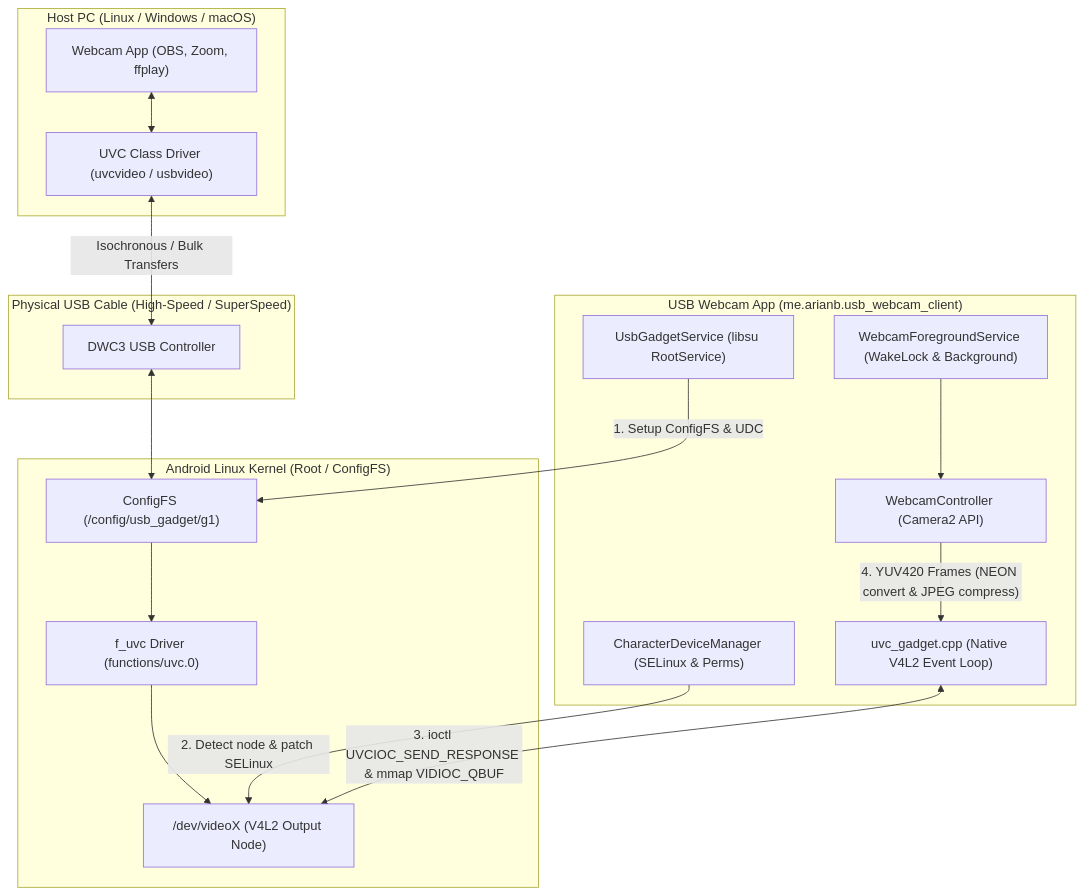
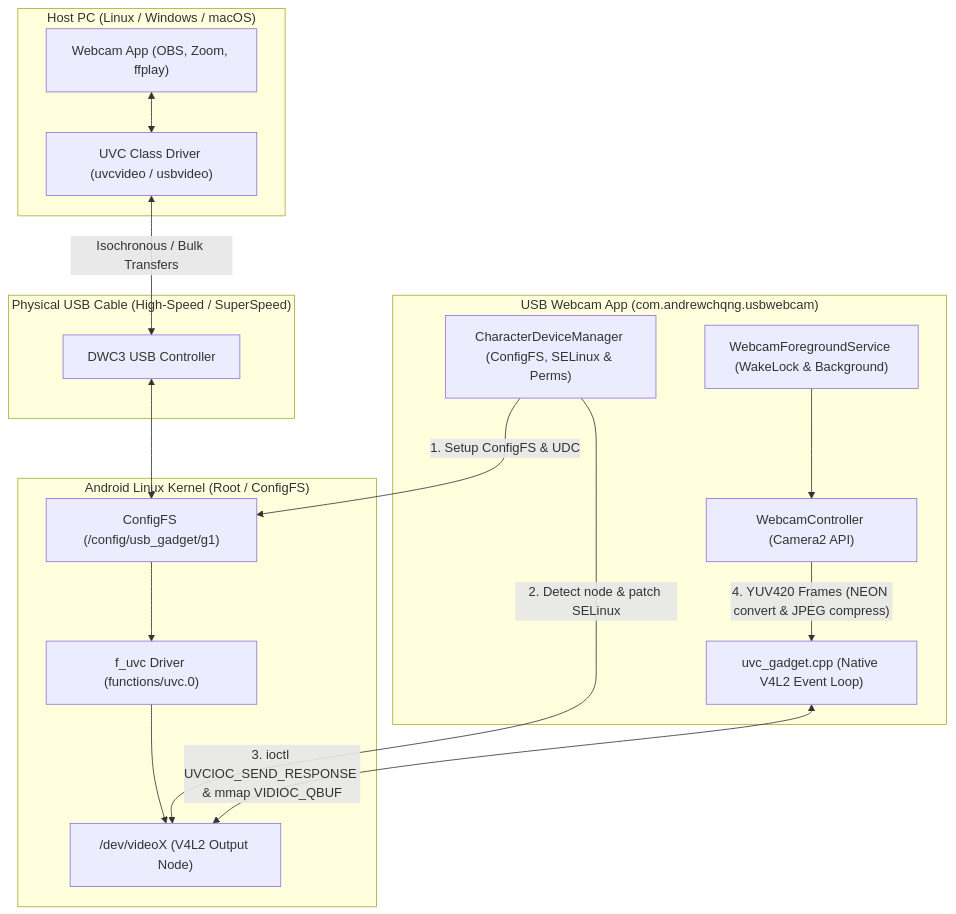
Before and after one commit to AndrewChqng/android-usb-webcam: the diagram in README.md, drawn with Mermaid. The commit also changed other lines of this file and 65 other files, not shown here.

First line of the commit message:
Rename package to com.andrewchqng.usbwebcam, replace launcher icon, and expand README compatibility matrix

````diff
--- a/README.md
+++ b/README.md
@@ -72,32 +97,31 @@
 ```mermaid
 flowchart TD
     subgraph Host["Host PC (Linux / Windows / macOS)"]
         HostApp["Webcam App (OBS, Zoom, ffplay)"]
         HostDriver["UVC Class Driver (uvcvideo / usbvideo)"]
         HostApp <--> HostDriver
     end
 
     subgraph USB["Physical USB Cable (High-Speed / SuperSpeed)"]
         HostDriver <-->|"Isochronous / Bulk Transfers"| GadgetCore["DWC3 USB Controller"]
     end
 
     subgraph Kernel["Android Linux Kernel (Root / ConfigFS)"]
         GadgetCore <--> ConfigFS["ConfigFS (/config/usb_gadget/g1)"]
         ConfigFS --> FUVC["f_uvc Driver (functions/uvc.0)"]
         FUVC --> V4L2Node["/dev/videoX (V4L2 Output Node)"]
     end
 
-    subgraph App["USB Webcam App (me.arianb.usb_webcam_client)"]
-        RootSvc["UsbGadgetService (libsu RootService)"]
-        DevMgr["CharacterDeviceManager (SELinux & Perms)"]
+    subgraph App["USB Webcam App (com.andrewchqng.usbwebcam)"]
+        DevMgr["CharacterDeviceManager (ConfigFS, SELinux & Perms)"]
         JNI["uvc_gadget.cpp (Native V4L2 Event Loop)"]
         CamCtrl["WebcamController (Camera2 API)"]
         FGS["WebcamForegroundService (WakeLock & Background)"]
 
-        RootSvc -->|"1. Setup ConfigFS & UDC"| ConfigFS
+        DevMgr -->|"1. Setup ConfigFS & UDC"| ConfigFS
         DevMgr -->|"2. Detect node & patch SELinux"| V4L2Node
         JNI <-->|"3. ioctl UVCIOC_SEND_RESPONSE & mmap VIDIOC_QBUF"| V4L2Node
         CamCtrl -->|"4. YUV420 Frames (NEON convert & JPEG compress)"| JNI
         FGS --> CamCtrl
     end
 ```
````
